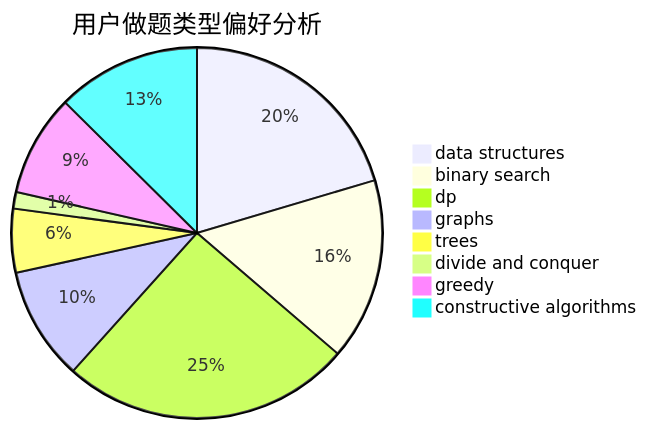
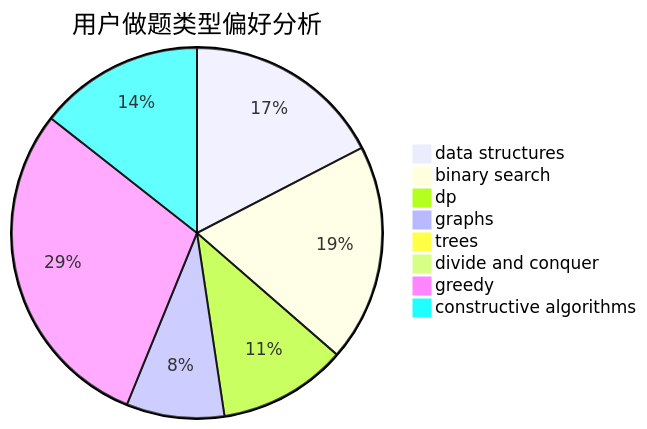
One commit to sherpahu/cfrs.github.io changed the second of 3 diagrams in docs/user/u491.md. Above: the diagram before and after it, drawn with Mermaid. The commit also changed other lines of this file and 2770 other files, not shown here.

````diff
--- a/docs/user/u491.md
+++ b/docs/user/u491.md
@@ -23,11 +23,11 @@
 ```mermaid
 pie title 用户做题类型偏好分析
-    "data structures" :  99
-    "binary search" :  77
-    "dp" :  123
-    "graphs" :  48
-    "trees" :  27
-    "divide and conquer" :  7
-    "greedy" :  43
-    "constructive algorithms" :  61
+    "data structures" :  110
+    "binary search" :  120
+    "dp" :  71
+    "graphs" :  54
+    "trees" :  6
+    "divide and conquer" :  6
+    "greedy" :  186
+    "constructive algorithms" :  91
 ```
````
